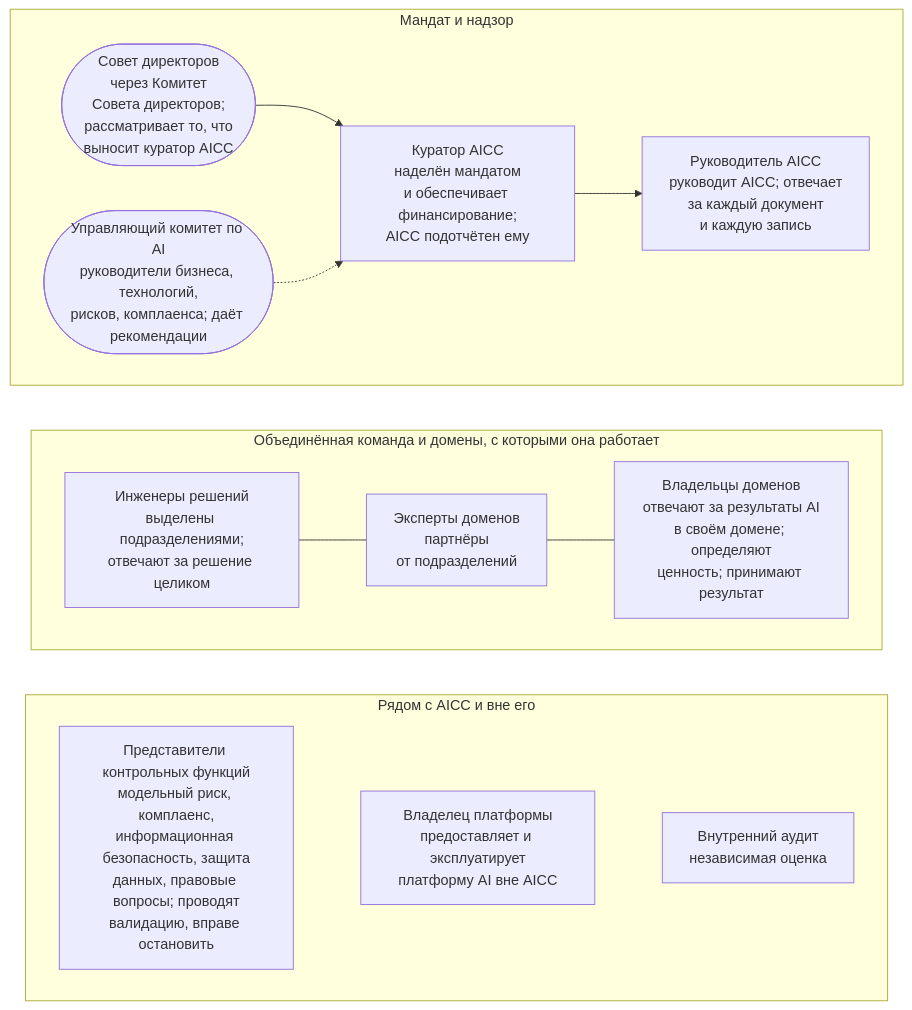
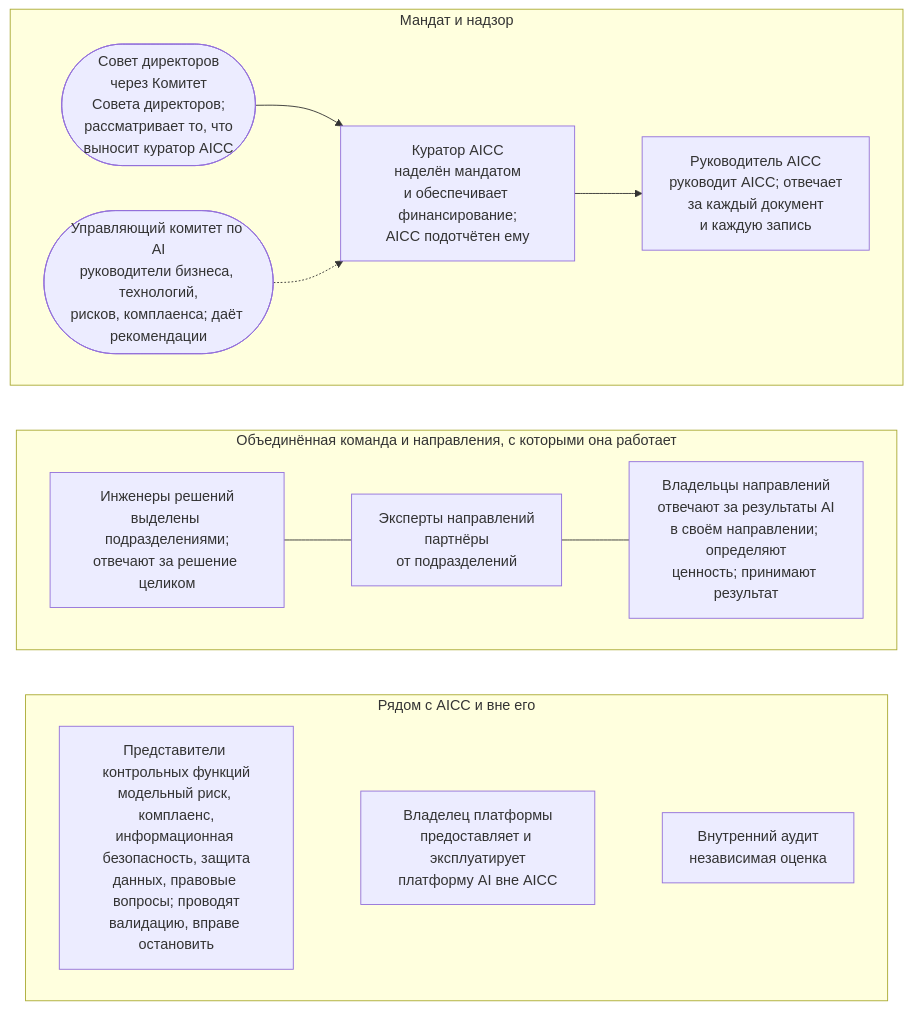
One commit to devhogu/ob-aicc changed the diagram in portal/content/ru/organization/overview.md. Above: the diagram before and after it, drawn with Mermaid. The commit also changed other lines of this file and 290 other files, not shown here.

First line of the commit message:
Russian edition: Domain is «направление» (владелец направления, эксперт направления); Strategic Priority 3 is «AI в работе направлений Банка»

````diff
--- a/portal/content/ru/organization/overview.md
+++ b/portal/content/ru/organization/overview.md
@@ -13,20 +13,20 @@
 ```mermaid
 flowchart TB
   subgraph TOP["Мандат и надзор"]
     direction LR
     B(["Совет директоров<br/>через Комитет<br/>Совета директоров;<br/>рассматривает то, что<br/>выносит куратор AICC"]) --> ES["Куратор AICC<br/>наделён мандатом<br/>и обеспечивает финансирование;<br/>AICC подотчётен ему"]
     ES --> AL["Руководитель AICC<br/>руководит AICC; отвечает<br/>за каждый документ<br/>и каждую запись"]
     SC(["Управляющий комитет по AI<br/>руководители бизнеса, технологий,<br/>рисков, комплаенса; даёт рекомендации"]) -.-> ES
   end
-  subgraph MID["Объединённая команда и домены, с которыми она работает"]
+  subgraph MID["Объединённая команда и направления, с которыми она работает"]
     direction LR
-    SE["Инженеры решений<br/>выделены подразделениями;<br/>отвечают за решение целиком"] --- DE["Эксперты доменов<br/>партнёры<br/>от подразделений"]
-    DE --- DO["Владельцы доменов<br/>отвечают за результаты AI<br/>в своём домене; определяют<br/>ценность; принимают результат"]
+    SE["Инженеры решений<br/>выделены подразделениями;<br/>отвечают за решение целиком"] --- DE["Эксперты направлений<br/>партнёры<br/>от подразделений"]
+    DE --- DO["Владельцы направлений<br/>отвечают за результаты AI<br/>в своём направлении; определяют<br/>ценность; принимают результат"]
   end
   subgraph SIDE["Рядом с AICC и вне его"]
     direction LR
     CF["Представители контрольных функций<br/>модельный риск, комплаенс,<br/>информационная безопасность, защита<br/>данных, правовые вопросы; проводят<br/>валидацию, вправе остановить"] ~~~ PO["Владелец платформы<br/>предоставляет и эксплуатирует<br/>платформу AI вне AICC"] ~~~ IA["Внутренний аудит<br/>независимая оценка"]
   end
   TOP ~~~ MID
   MID ~~~ SIDE
 ```
````
